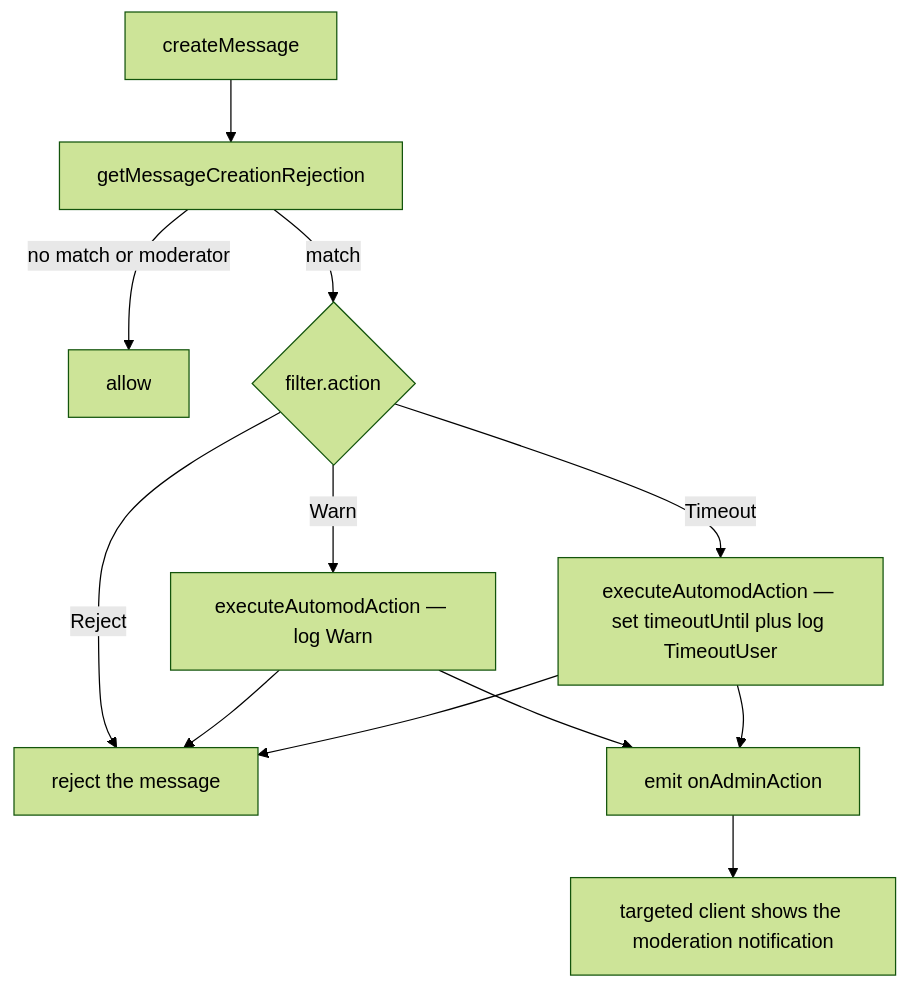
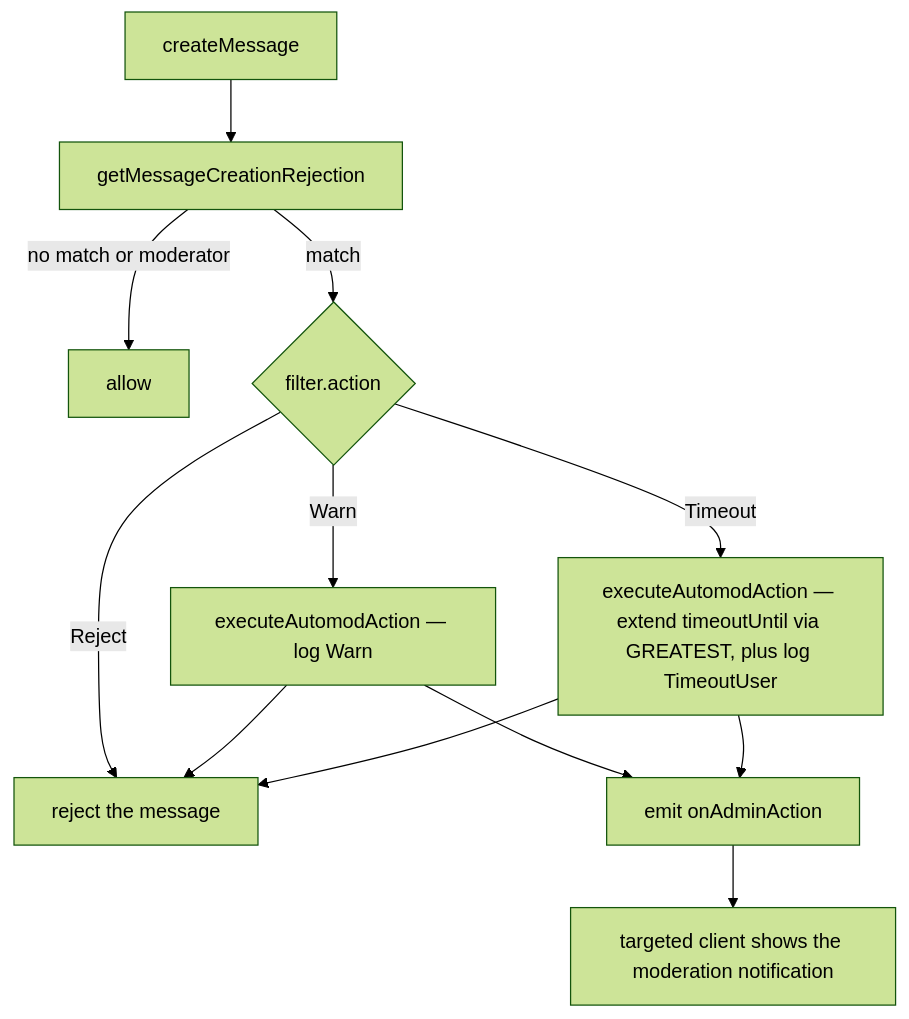
The diagram in packages/app/content/docs/esbabbler/automod-actions.md (Esposter/Esposter), drawn with Mermaid (forest theme) before and after one commit. The commit also changed other lines of this file and 8 other files, not shown here.

````diff
--- a/packages/app/content/docs/esbabbler/automod-actions.md
+++ b/packages/app/content/docs/esbabbler/automod-actions.md
@@ -14,14 +14,14 @@
 ```mermaid
 flowchart TD
   CM["createMessage"] --> WF["getMessageCreationRejection"]
   WF -->|no match or moderator| OK["allow"]
   WF -->|match| A{"filter.action"}
   A -->|Reject| ERR["reject the message"]
   A -->|Warn| W["executeAutomodAction — log Warn"]
-  A -->|Timeout| T["executeAutomodAction — set timeoutUntil plus log TimeoutUser"]
+  A -->|Timeout| T["executeAutomodAction — extend timeoutUntil via GREATEST, plus log TimeoutUser"]
   W --> EM["emit onAdminAction"]
   T --> EM
   W --> ERR
   T --> ERR
   EM --> C["targeted client shows the moderation notification"]
 ```
````
